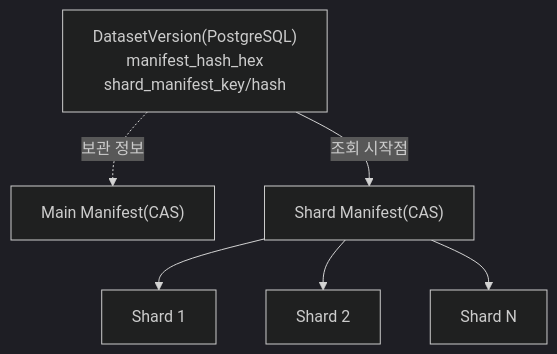
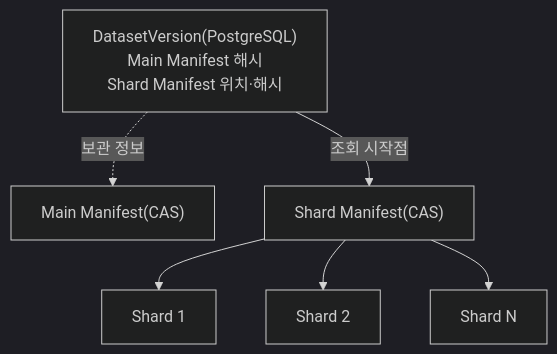
The sixth of 8 diagrams in charts/nexus-server/docs/architecture.md (int2nexus/cas-server), drawn with Mermaid (dark theme) before and after one commit. The commit also changed other lines of this file and 6 other files, not shown here.

````diff
--- a/charts/nexus-server/docs/architecture.md
+++ b/charts/nexus-server/docs/architecture.md
@@ -381,25 +385,25 @@
 ```mermaid
 flowchart TD
 
     DV["DatasetVersion(PostgreSQL)
-manifest_hash_hex
-shard_manifest_key/hash"]
+Main Manifest 해시
+Shard Manifest 위치·해시"]
 
     MM["Main Manifest(CAS)"]
 
     SM["Shard Manifest(CAS)"]
 
     S1["Shard 1"]
 
     S2["Shard 2"]
 
     S3["Shard N"]
 
     DV -.->|"보관 정보"| MM
 
     DV -->|"조회 시작점"| SM
 
     SM --> S1
     SM --> S2
     SM --> S3
 ```
````
